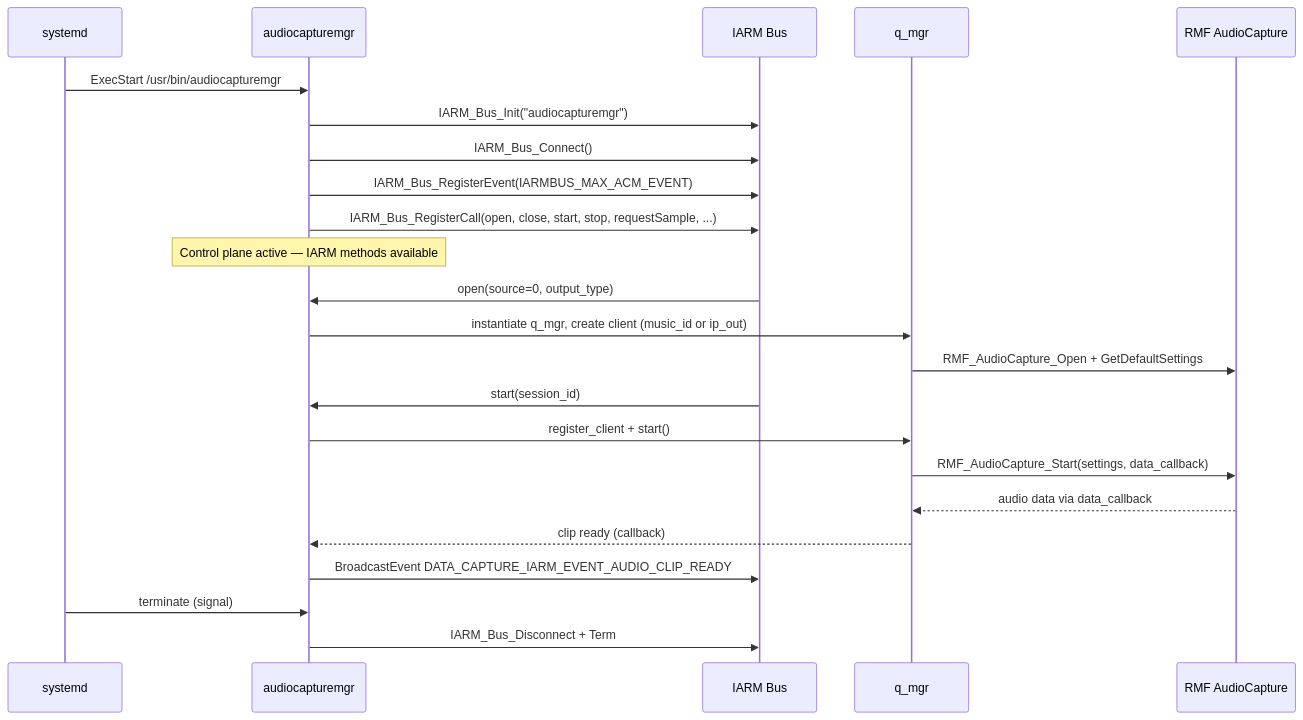
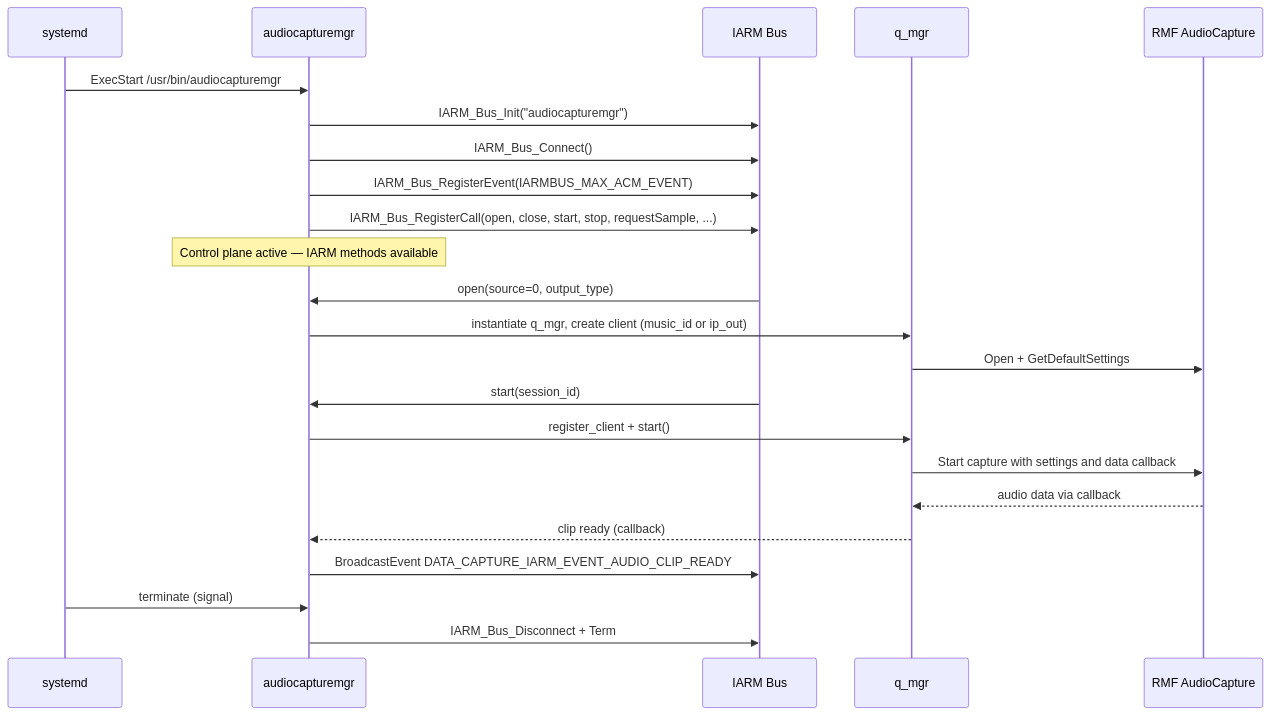
One commit to rns21/RDK_Documentation changed the third of 7 diagrams in docs/docu/RDKV-Documentations/audiocapturemgr.md. Above: the diagram before and after it, drawn with Mermaid. The commit also changed other lines of this file, not shown here.

First line of the commit message:
Revise flowchart and references in audiocapturemgr.md

````diff
--- a/docs/docu/RDKV-Documentations/audiocapturemgr.md
+++ b/docs/docu/RDKV-Documentations/audiocapturemgr.md
@@ -133,30 +122,30 @@
 ```mermaid
 sequenceDiagram
     participant System as systemd
     participant Comp as audiocapturemgr
     participant IARM as IARM Bus
     participant Q as q_mgr
     participant RMF as RMF AudioCapture
 
     System->>Comp: ExecStart /usr/bin/audiocapturemgr
     Comp->>IARM: IARM_Bus_Init("audiocapturemgr")
     Comp->>IARM: IARM_Bus_Connect()
     Comp->>IARM: IARM_Bus_RegisterEvent(IARMBUS_MAX_ACM_EVENT)
     Comp->>IARM: IARM_Bus_RegisterCall(open, close, start, stop, requestSample, ...)
     Note over Comp: Control plane active — IARM methods available
 
     IARM->>Comp: open(source=0, output_type)
     Comp->>Q: instantiate q_mgr, create client (music_id or ip_out)
-    Q->>RMF: RMF_AudioCapture_Open + GetDefaultSettings
+    Q->>RMF: Open + GetDefaultSettings
 
     IARM->>Comp: start(session_id)
     Comp->>Q: register_client + start()
-    Q->>RMF: RMF_AudioCapture_Start(settings, data_callback)
-    RMF-->>Q: audio data via data_callback
+    Q->>RMF: Start capture with settings and data callback
+    RMF-->>Q: audio data via callback
 
     Q-->>Comp: clip ready (callback)
     Comp->>IARM: BroadcastEvent DATA_CAPTURE_IARM_EVENT_AUDIO_CLIP_READY
 
     System->>Comp: terminate (signal)
     Comp->>IARM: IARM_Bus_Disconnect + Term
 ```
````
